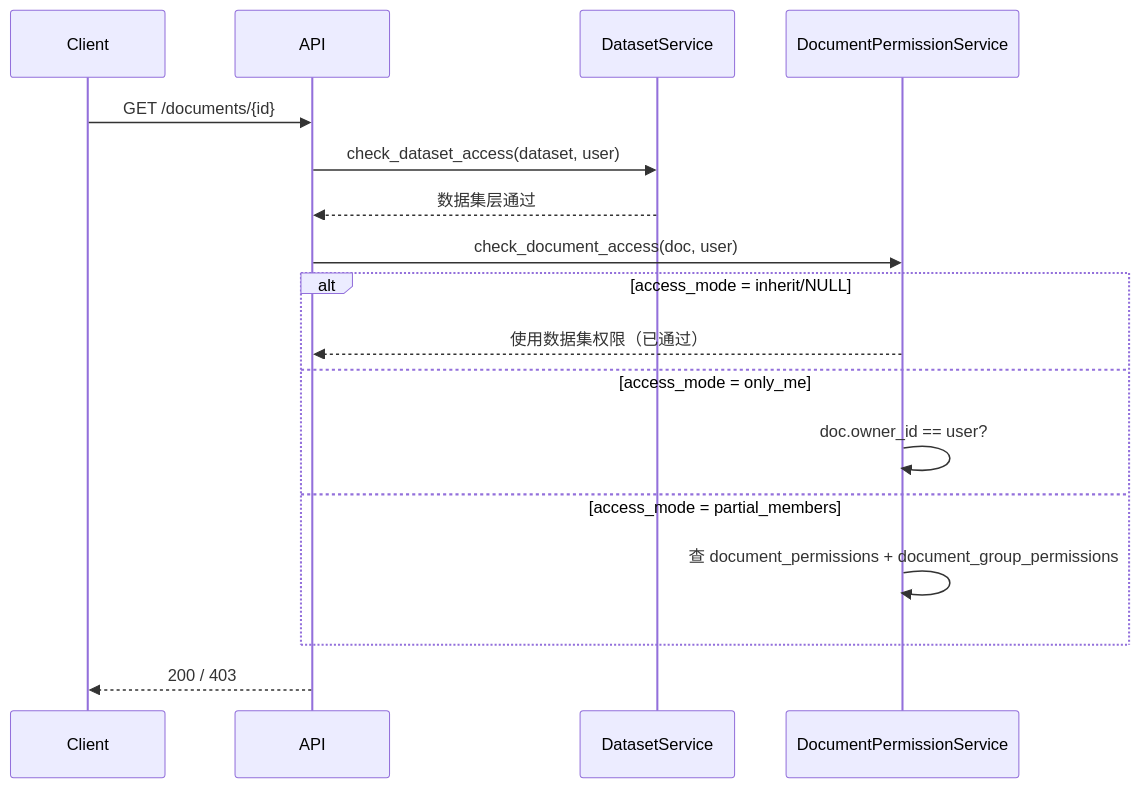
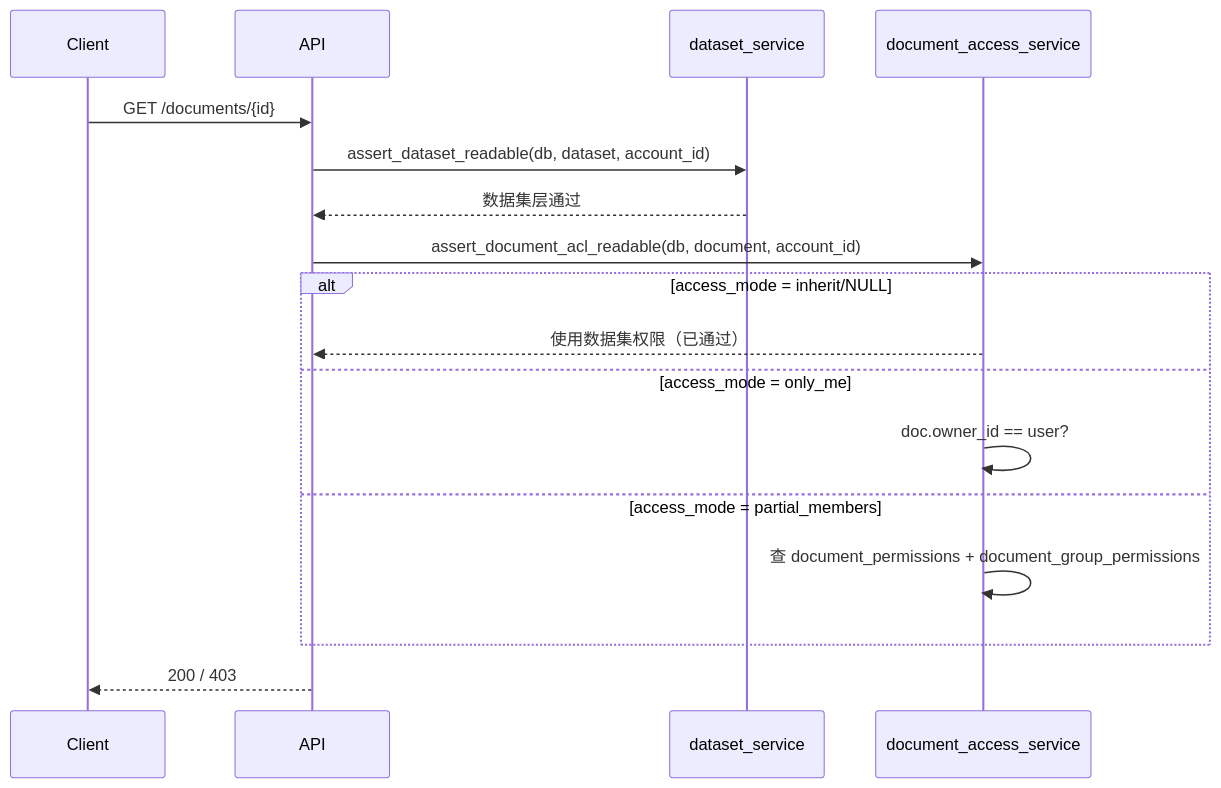
The second of 2 diagrams in docs-site/docs/backend/documents/permissions.md (skygazer42/MimirQ), drawn with Mermaid before and after one commit. The commit also changed 13 other files, not shown here.

````diff
--- a/docs-site/docs/backend/documents/permissions.md
+++ b/docs-site/docs/backend/documents/permissions.md
@@ -82,20 +82,20 @@
 ```mermaid
 sequenceDiagram
     participant Client
     participant API
-    participant DS as DatasetService
-    participant DocPerm as DocumentPermissionService
+    participant DS as dataset_service
+    participant DocPerm as document_access_service
 
     Client->>API: GET /documents/{id}
-    API->>DS: check_dataset_access(dataset, user)
+    API->>DS: assert_dataset_readable(db, dataset, account_id)
     DS-->>API: 数据集层通过
-    API->>DocPerm: check_document_access(doc, user)
+    API->>DocPerm: assert_document_acl_readable(db, document, account_id)
     alt access_mode = inherit/NULL
         DocPerm-->>API: 使用数据集权限（已通过）
     else access_mode = only_me
         DocPerm->>DocPerm: doc.owner_id == user?
     else access_mode = partial_members
         DocPerm->>DocPerm: 查 document_permissions + document_group_permissions
     end
     API-->>Client: 200 / 403
 ```
````
